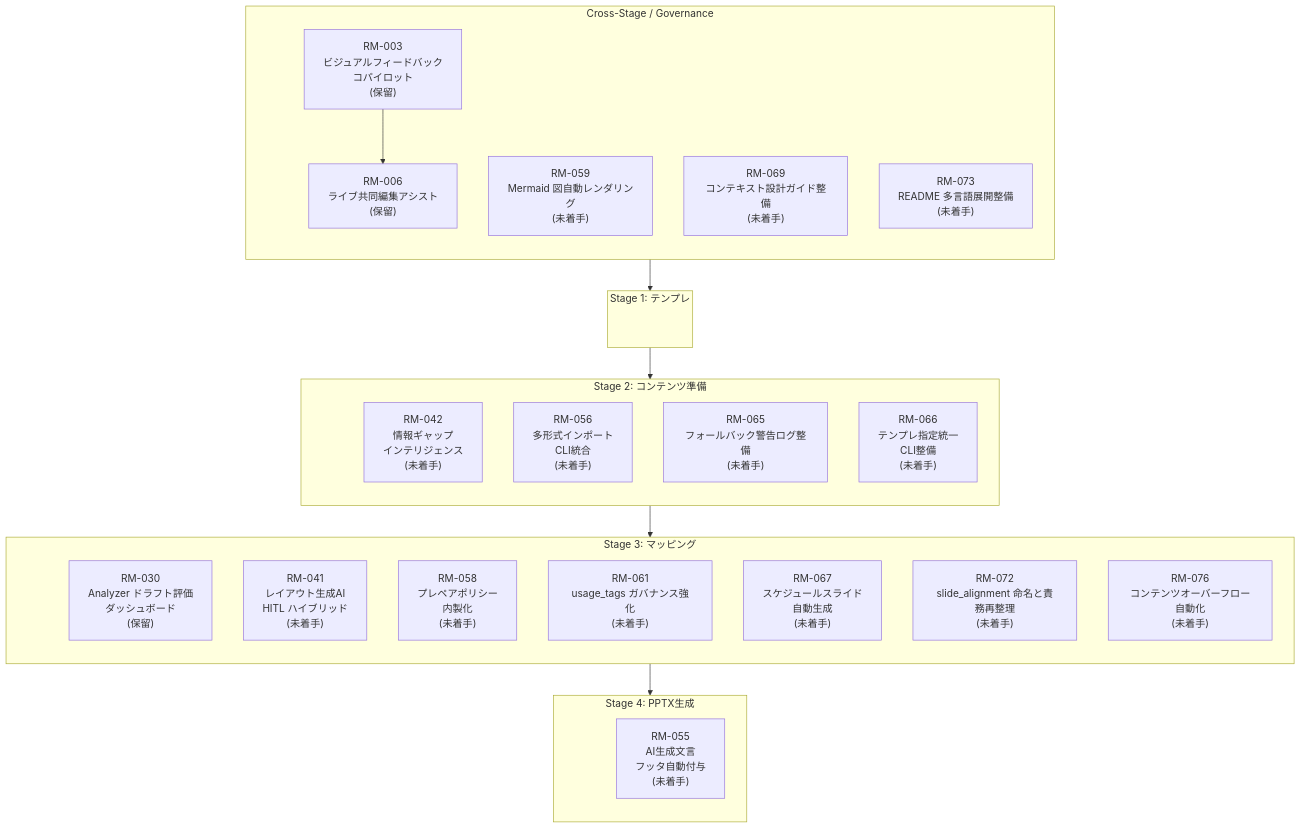
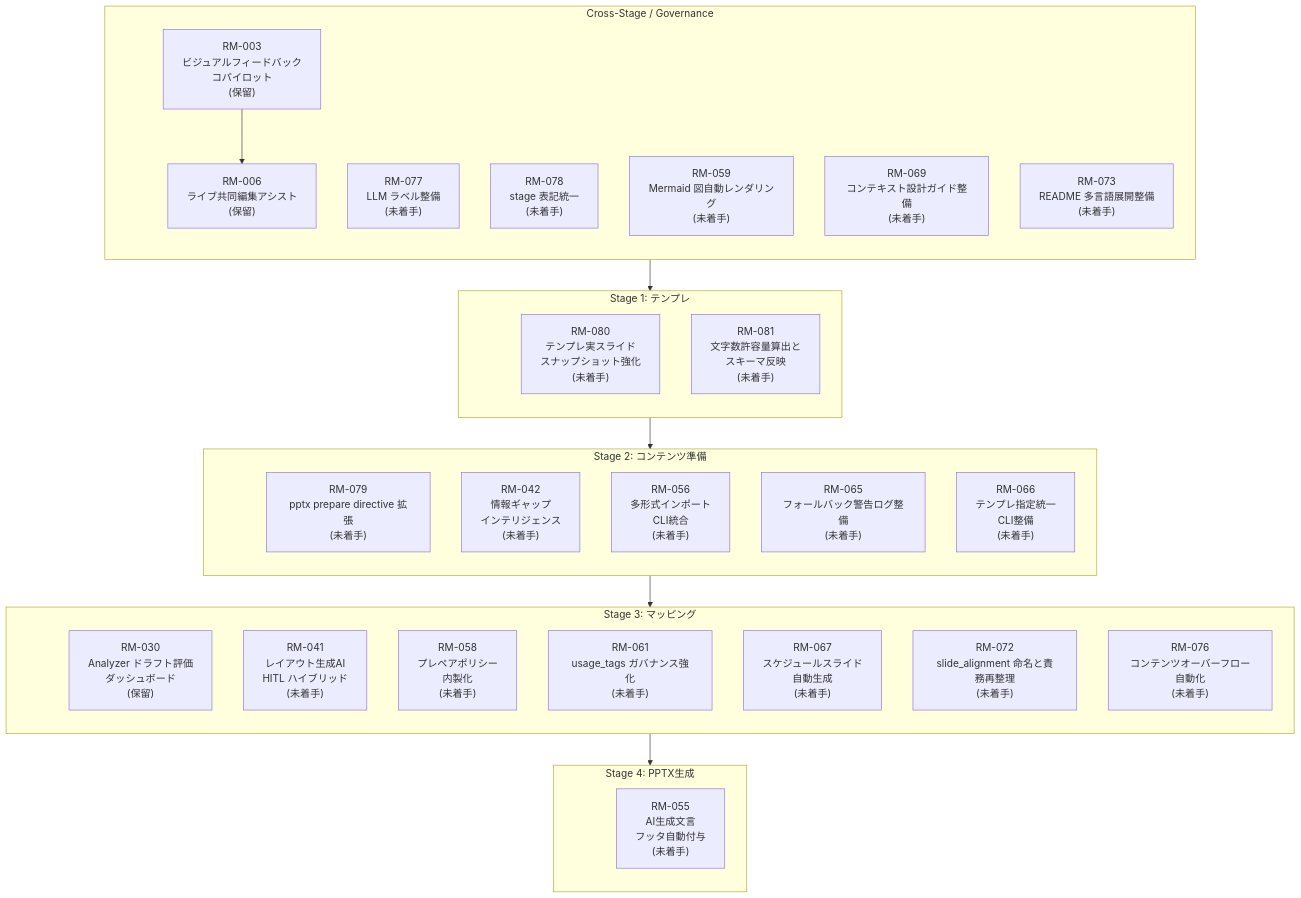
The diagram in docs/roadmap/roadmap.md (yurake/pptx_generator), drawn with Mermaid before and after one commit. The commit also changed other lines of this file and 4 other files, not shown here.

````diff
--- a/docs/roadmap/roadmap.md
+++ b/docs/roadmap/roadmap.md
@@ -25,54 +25,59 @@
 ```mermaid
 flowchart TB
     subgraph GOV["Cross-Stage / Governance"]
         direction TB
         GOV_ANCHOR(( ))
+        RM077["RM-077<br/>LLM ラベル整備<br/>(未着手)"]
+        RM078["RM-078<br/>stage 表記統一<br/>(未着手)"]
         RM003["RM-003<br/>ビジュアルフィードバック<br/>コパイロット<br/>(保留)"]
         RM006["RM-006<br/>ライブ共同編集アシスト<br/>(保留)"]
         RM059["RM-059<br/>Mermaid 図自動レンダリング<br/>(未着手)"]
         RM069["RM-069<br/>コンテキスト設計ガイド整備<br/>(未着手)"]
         RM073["RM-073<br/>README 多言語展開整備<br/>(未着手)"]
     end
 
     subgraph ST1["Stage 1: テンプレ"]
         direction TB
         ST1_ANCHOR(( ))
+        RM080["RM-080<br/>テンプレ実スライド<br/>スナップショット強化<br/>(未着手)"]
+        RM081["RM-081<br/>文字数許容量算出と<br/>スキーマ反映<br/>(未着手)"]
     end
 
     subgraph ST2["Stage 2: コンテンツ準備"]
         direction TB
         ST2_ANCHOR(( ))
+        RM079["RM-079<br/>pptx prepare directive 拡張<br/>(未着手)"]
         RM042["RM-042<br/>情報ギャップ<br/>インテリジェンス<br/>(未着手)"]
         RM056["RM-056<br/>多形式インポート<br/>CLI統合<br/>(未着手)"]
         RM065["RM-065<br/>フォールバック警告ログ整備<br/>(未着手)"]
         RM066["RM-066<br/>テンプレ指定統一<br/>CLI整備<br/>(未着手)"]
     end
 
     subgraph ST3["Stage 3: マッピング"]
         direction TB
         ST3_ANCHOR(( ))
         RM030["RM-030<br/>Analyzer ドラフト評価<br/>ダッシュボード<br/>(保留)"]
         RM041["RM-041<br/>レイアウト生成AI<br/>HITL ハイブリッド<br/>(未着手)"]
         RM058["RM-058<br/>プレペアポリシー<br/>内製化<br/>(未着手)"]
         RM061["RM-061<br/>usage_tags ガバナンス強化<br/>(未着手)"]
         RM067["RM-067<br/>スケジュールスライド<br/>自動生成<br/>(未着手)"]
         RM072["RM-072<br/>slide_alignment 命名と責務再整理<br/>(未着手)"]
         RM076["RM-076<br/>コンテンツオーバーフロー自動化<br/>(未着手)"]
     end
 
     subgraph ST4["Stage 4: PPTX生成"]
         direction TB
         ST4_ANCHOR(( ))
         RM055["RM-055<br/>AI生成文言<br/>フッタ自動付与<br/>(未着手)"]
     end
 
     style GOV_ANCHOR fill:transparent,stroke:transparent
     style ST1_ANCHOR fill:transparent,stroke:transparent
     style ST2_ANCHOR fill:transparent,stroke:transparent
     style ST3_ANCHOR fill:transparent,stroke:transparent
     style ST4_ANCHOR fill:transparent,stroke:transparent
 
     GOV_ANCHOR --> ST1_ANCHOR --> ST2_ANCHOR --> ST3_ANCHOR --> ST4_ANCHOR
 
     RM003 --> RM006
 ```
````
